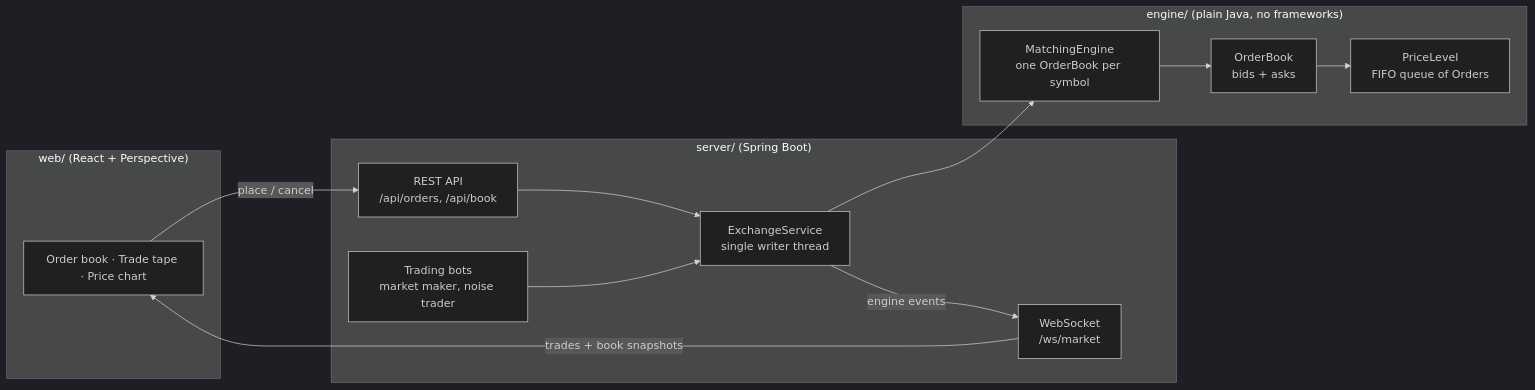
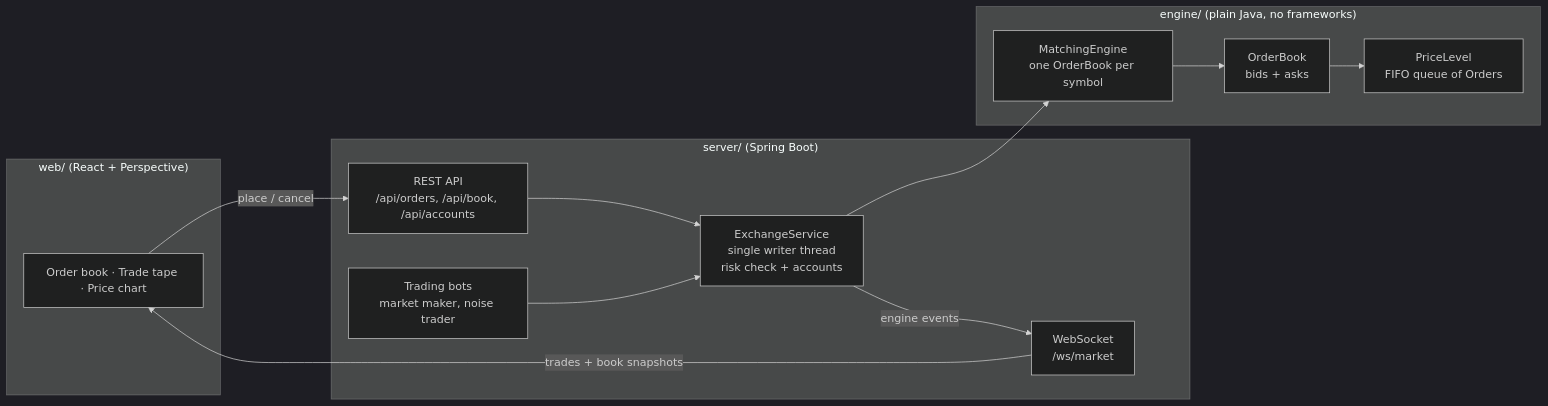
The diagram in README.md (MannanHanda/clyde-exchange), drawn with Mermaid (dark theme) before and after one commit. The commit also changed other lines of this file and 35 other files, not shown here.

First line of the commit message:
Add paper-trading accounts: ownership, cash, positions, risk check, P&L

````diff
--- a/README.md
+++ b/README.md
@@ -15,27 +15,27 @@
 ```mermaid
 flowchart LR
     subgraph web["web/ (React + Perspective)"]
         UI["Order book · Trade tape · Price chart"]
     end
 
     subgraph server["server/ (Spring Boot)"]
-        REST["REST API<br/>/api/orders, /api/book"]
+        REST["REST API<br/>/api/orders, /api/book, /api/accounts"]
         WS["WebSocket<br/>/ws/market"]
         BOTS["Trading bots<br/>market maker, noise trader"]
-        SVC["ExchangeService<br/>single writer thread"]
+        SVC["ExchangeService<br/>single writer thread<br/>risk check + accounts"]
     end
 
     subgraph engine["engine/ (plain Java, no frameworks)"]
         ME["MatchingEngine<br/>one OrderBook per symbol"]
         OB["OrderBook<br/>bids + asks"]
         PL["PriceLevel<br/>FIFO queue of Orders"]
     end
 
     UI -- "place / cancel" --> REST
     WS -- "trades + book snapshots" --> UI
     REST --> SVC
     BOTS --> SVC
     SVC --> ME
     ME --> OB --> PL
     SVC -- "engine events" --> WS
 ```
````
